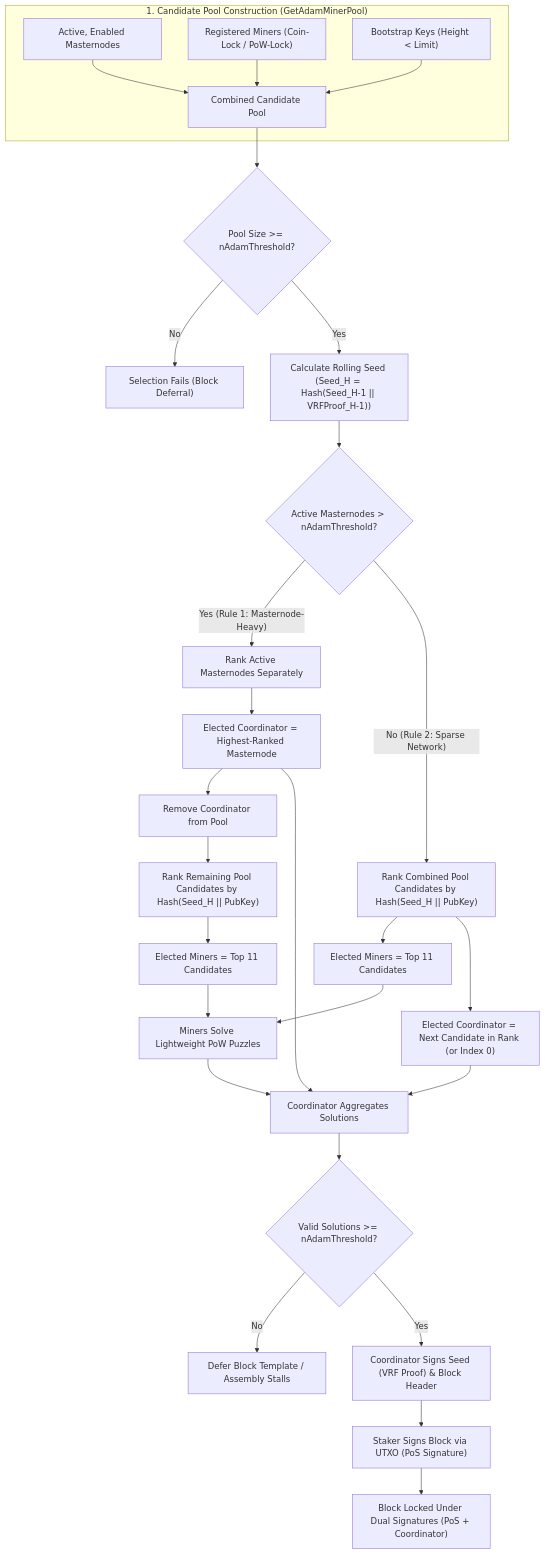
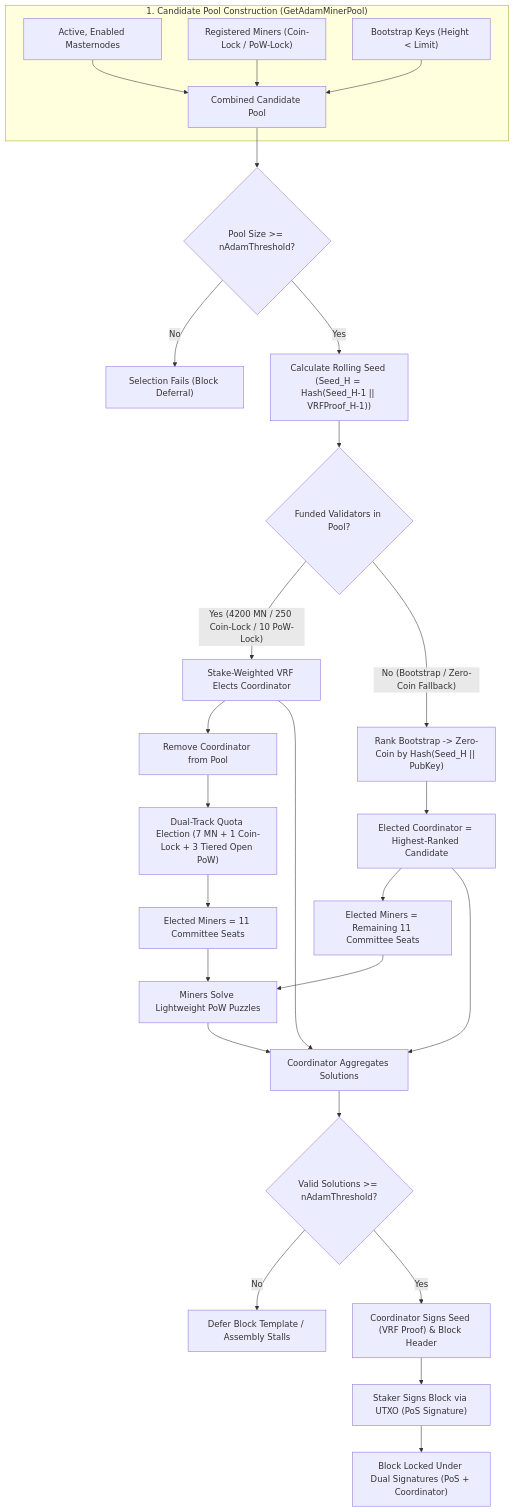
Before and after one commit to bedri/KristaTech-KRISTA: the diagram in doc/A Decentralized Approach Model (ADAM).md, drawn with Mermaid. The commit also changed other lines of this file and 25 other files, not shown here.

Commit message:
consensus: enforce pre-Model-D 60/40 validator split, Coin-Lock Tier 2A overflow, and stake-weighted Coordinator VRF

````diff
--- a/doc/A Decentralized Approach Model (ADAM).md
+++ b/doc/A Decentralized Approach Model (ADAM).md
@@ -168,44 +168,43 @@
 ```mermaid
 graph TD
     %% Pool Construction
     subgraph Pool_Construction ["1. Candidate Pool Construction (GetAdamMinerPool)"]
         A1["Active, Enabled Masternodes"] --> A4["Combined Candidate Pool"]
         A2["Registered Miners (Coin-Lock / PoW-Lock)"] --> A4
         A3["Bootstrap Keys (Height < Limit)"] --> A4
     end
 
     %% Validation & Seed Calculation
     A4 --> B{"Pool Size >= nAdamThreshold?"}
     B -- "No" --> C["Selection Fails (Block Deferral)"]
     B -- "Yes" --> D["Calculate Rolling Seed (Seed_H = Hash(Seed_H-1 || VRFProof_H-1))"]
 
     %% Election Rules
-    D --> E{"Active Masternodes > nAdamThreshold?"}
+    D --> E{"Funded Validators in Pool?"}
     
-    %% Rule 1
-    E -- "Yes (Rule 1: Masternode-Heavy)" --> F1["Rank Active Masternodes Separately"]
-    F1 --> F2["Elected Coordinator = Highest-Ranked Masternode"]
-    F2 --> F3["Remove Coordinator from Pool"]
-    F3 --> F4["Rank Remaining Pool Candidates by Hash(Seed_H || PubKey)"]
-    F4 --> F5["Elected Miners = Top 11 Candidates"]
+    %% Funded Stake-Weighted VRF
+    E -- "Yes (4200 MN / 250 Coin-Lock / 10 PoW-Lock)" --> F1["Stake-Weighted VRF Elects Coordinator"]
+    F1 --> F3["Remove Coordinator from Pool"]
+    F3 --> F4["Dual-Track Quota Election (7 MN + 1 Coin-Lock + 3 Tiered Open PoW)"]
+    F4 --> F5["Elected Miners = 11 Committee Seats"]
     
-    %% Rule 2
-    E -- "No (Rule 2: Sparse Network)" --> G1["Rank Combined Pool Candidates by Hash(Seed_H || PubKey)"]
-    G1 --> G2["Elected Miners = Top 11 Candidates"]
-    G1 --> G3["Elected Coordinator = Next Candidate in Rank (or Index 0)"]
+    %% Bootstrap / Zero-Coin Fallback
+    E -- "No (Bootstrap / Zero-Coin Fallback)" --> G1["Rank Bootstrap -> Zero-Coin by Hash(Seed_H || PubKey)"]
+    G1 --> G3["Elected Coordinator = Highest-Ranked Candidate"]
+    G3 --> G2["Elected Miners = Remaining 11 Committee Seats"]
 
     %% Execution Phase
     F5 --> H["Miners Solve Lightweight PoW Puzzles"]
     G2 --> H
     
     H --> I["Coordinator Aggregates Solutions"]
-    F2 --> I
+    F1 --> I
     G3 --> I
     
     I --> J{"Valid Solutions >= nAdamThreshold?"}
     J -- "No" --> K["Defer Block Template / Assembly Stalls"]
     
     J -- "Yes" --> L["Coordinator Signs Seed (VRF Proof) & Block Header"]
     L --> M["Staker Signs Block via UTXO (PoS Signature)"]
     M --> N["Block Locked Under Dual Signatures (PoS + Coordinator)"]
 ```
````
